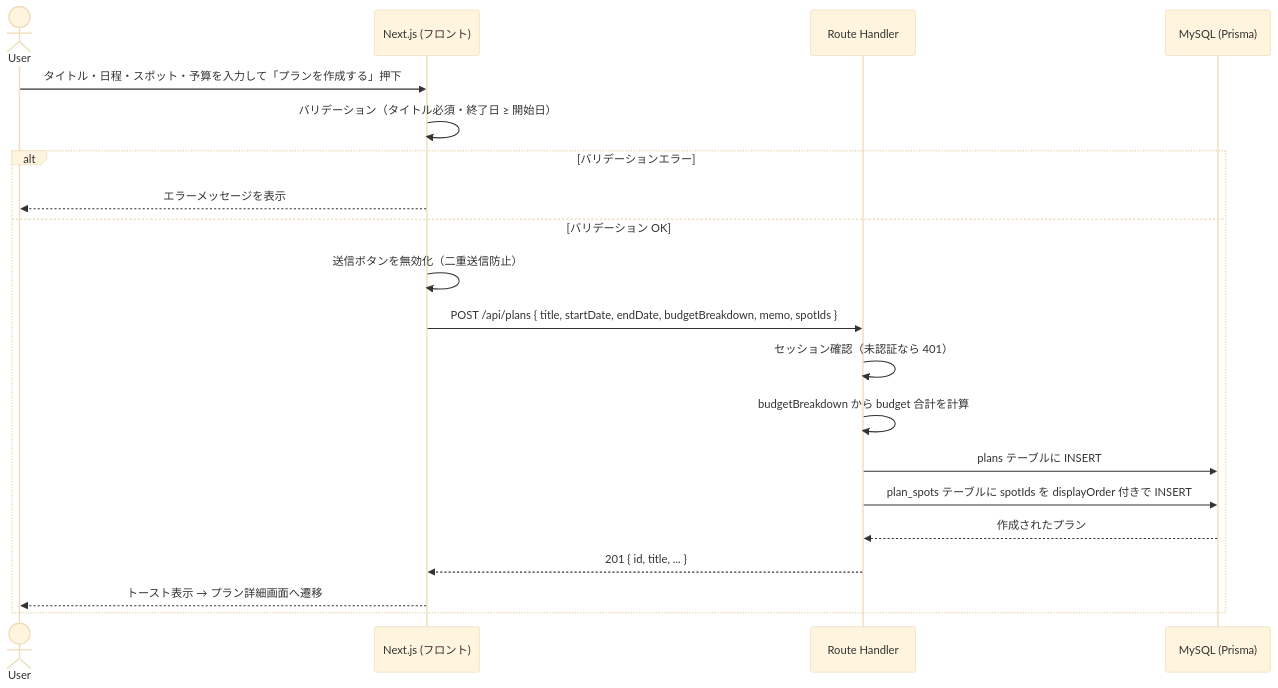
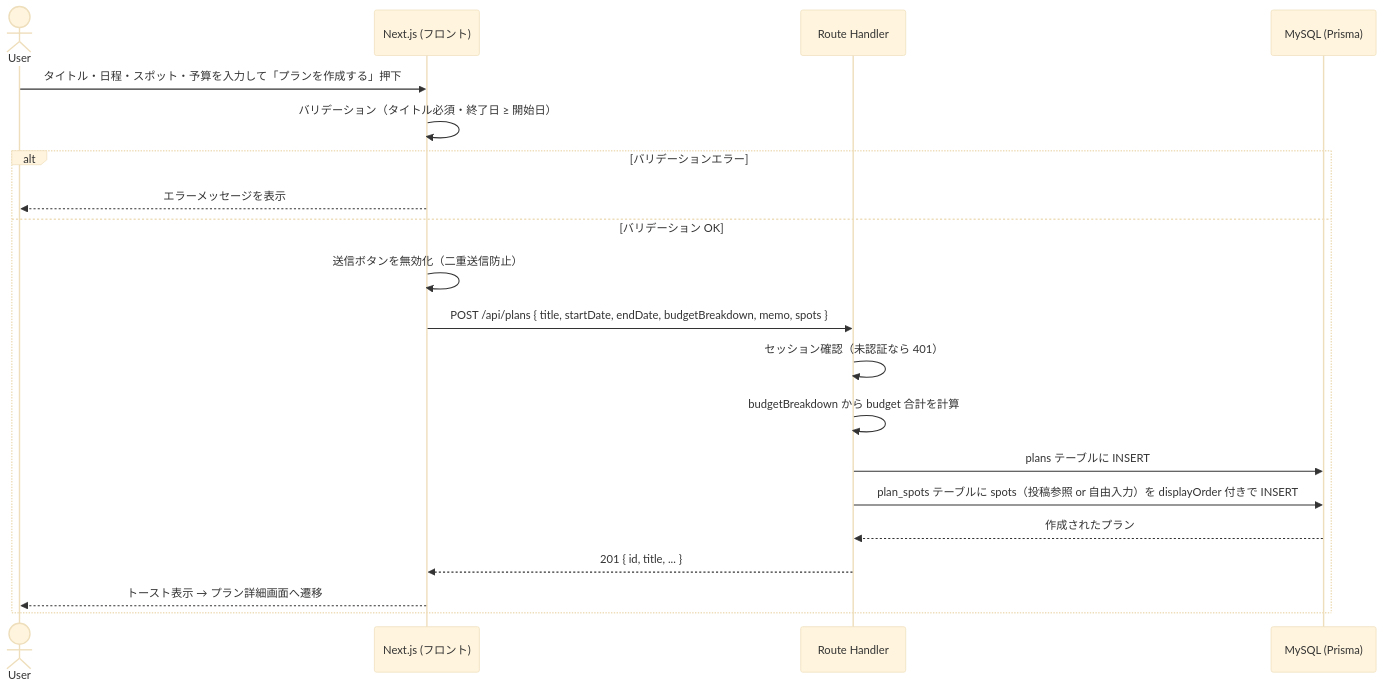
One commit to saki-nakata/TripDiary changed the eighth of 10 diagrams in docs/シーケンス図.md. Above: the diagram before and after it, drawn with Mermaid (base theme). The commit also changed 163 other files, not shown here.

````diff
--- a/docs/シーケンス図.md
+++ b/docs/シーケンス図.md
@@ -234,23 +234,23 @@
 ```mermaid
 sequenceDiagram
     actor User
     participant FE as Next.js (フロント)
     participant API as Route Handler
     participant DB as MySQL (Prisma)
 
     User->>FE: タイトル・日程・スポット・予算を入力して「プランを作成する」押下
     FE->>FE: バリデーション（タイトル必須・終了日 ≥ 開始日）
     alt バリデーションエラー
         FE-->>User: エラーメッセージを表示
     else バリデーション OK
         FE->>FE: 送信ボタンを無効化（二重送信防止）
-        FE->>API: POST /api/plans { title, startDate, endDate, budgetBreakdown, memo, spotIds }
+        FE->>API: POST /api/plans { title, startDate, endDate, budgetBreakdown, memo, spots }
         API->>API: セッション確認（未認証なら 401）
         API->>API: budgetBreakdown から budget 合計を計算
         API->>DB: plans テーブルに INSERT
-        API->>DB: plan_spots テーブルに spotIds を displayOrder 付きで INSERT
+        API->>DB: plan_spots テーブルに spots（投稿参照 or 自由入力）を displayOrder 付きで INSERT
         DB-->>API: 作成されたプラン
         API-->>FE: 201 { id, title, ... }
         FE-->>User: トースト表示 → プラン詳細画面へ遷移
     end
 ```
````
